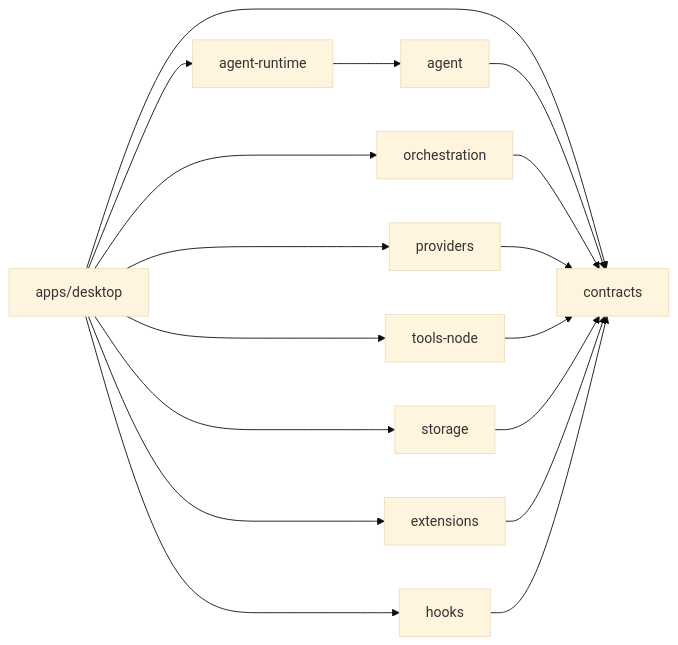
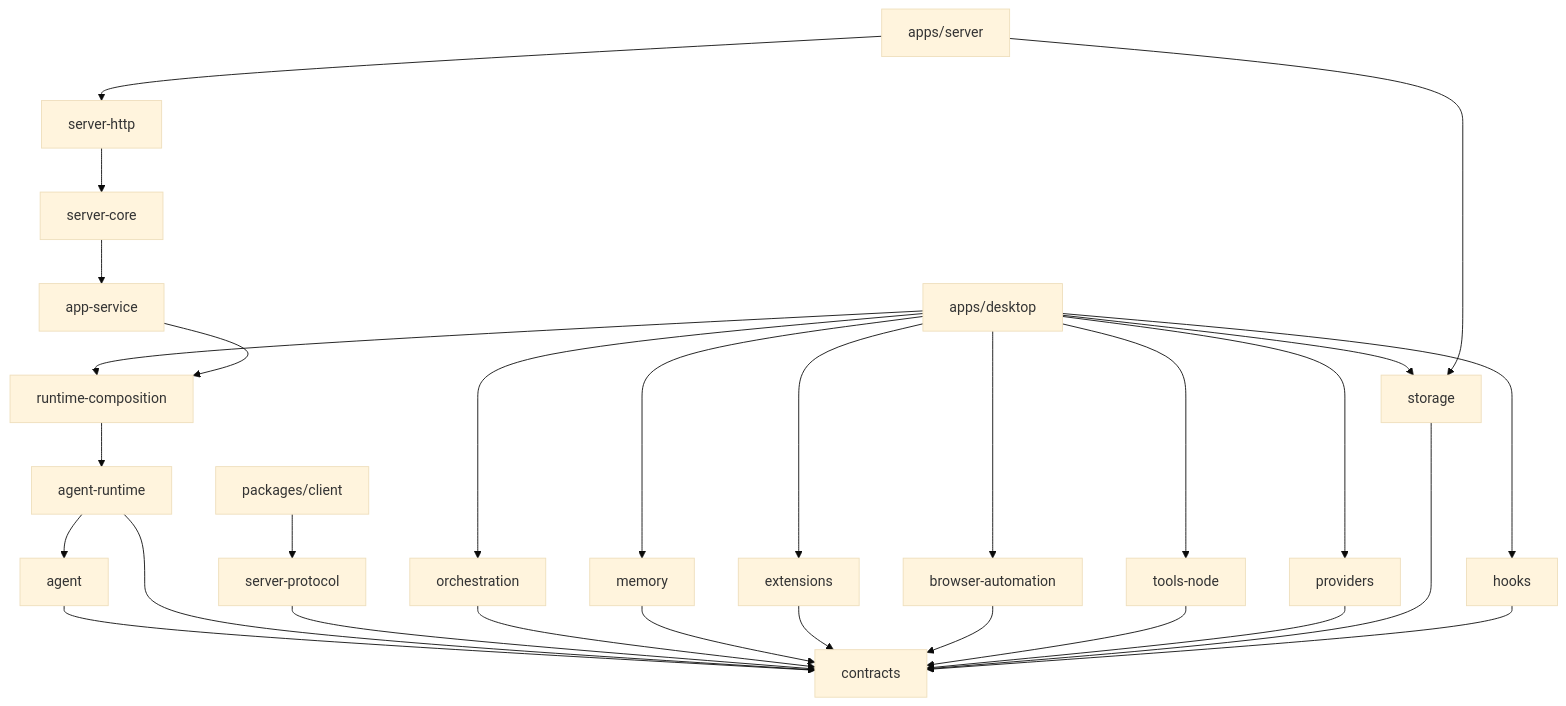
The diagram in docs/technical-implementation/README.md (zxt6991-source/jojo-agent), drawn with Mermaid (base theme) before and after one commit. The commit also changed other lines of this file and 1 other file, not shown here.

````diff
--- a/docs/technical-implementation/README.md
+++ b/docs/technical-implementation/README.md
@@ -30,19 +40,31 @@
 ```mermaid
-flowchart LR
-    D["apps/desktop"] --> C["contracts"]
-    D --> R["agent-runtime"]
-    R --> A["agent"]
-    D --> P["providers"]
-    D --> T["tools-node"]
-    D --> S["storage"]
-    D --> O["orchestration"]
-    D --> E["extensions"]
-    D --> H["hooks"]
-    A --> C
-    O --> C
-    P --> C
-    T --> C
-    S --> C
-    E --> C
-    H --> C
+flowchart TB
+    Client["packages/client"] --> Protocol["server-protocol"]
+    Desktop["apps/desktop"] --> Composition["runtime-composition"]
+    Server["apps/server"] --> Http["server-http"]
+    Http --> Core["server-core"]
+    Core --> App["app-service"]
+    App --> Composition
+    Composition --> Runtime["agent-runtime"]
+    Runtime --> Agent["agent"]
+    Desktop --> Orchestration["orchestration"]
+    Desktop --> Memory["memory"]
+    Desktop --> Extensions["extensions"]
+    Desktop --> Browser["browser-automation"]
+    Desktop --> Tools["tools-node"]
+    Desktop --> Providers["providers"]
+    Desktop --> Storage["storage"]
+    Desktop --> Hooks["hooks"]
+    Server --> Storage
+    Agent --> Contracts["contracts"]
+    Runtime --> Contracts
+    Protocol --> Contracts
+    Orchestration --> Contracts
+    Memory --> Contracts
+    Extensions --> Contracts
+    Browser --> Contracts
+    Tools --> Contracts
+    Providers --> Contracts
+    Storage --> Contracts
+    Hooks --> Contracts
 ```
````
